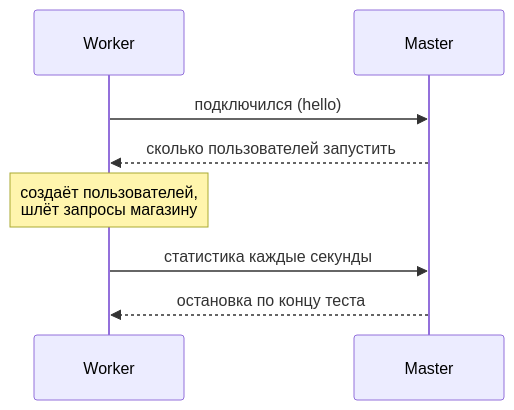
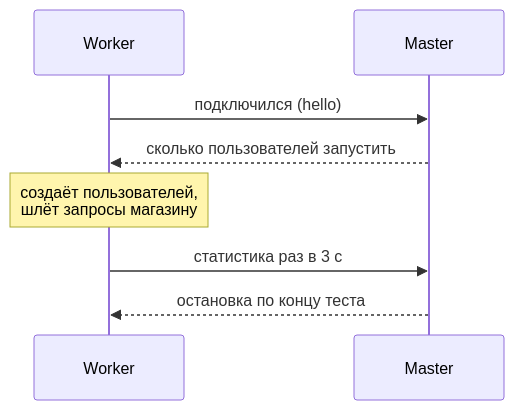
The second of 2 diagrams in load-tester/09-locust/05-distributed-generator.md (distinguished-sre/learning), drawn with Mermaid before and after one commit. The commit also changed other lines of this file and 346 other files, not shown here.

````diff
--- a/load-tester/09-locust/05-distributed-generator.md
+++ b/load-tester/09-locust/05-distributed-generator.md
@@ -96,10 +106,10 @@
 ```mermaid
 sequenceDiagram
     participant W as Worker
     participant M as Master
     W->>M: подключился (hello)
     M-->>W: сколько пользователей запустить
     Note over W: создаёт пользователей,<br>шлёт запросы магазину
-    W->>M: статистика каждые секунды
+    W->>M: статистика раз в 3 с
     M-->>W: остановка по концу теста
 ```
````
